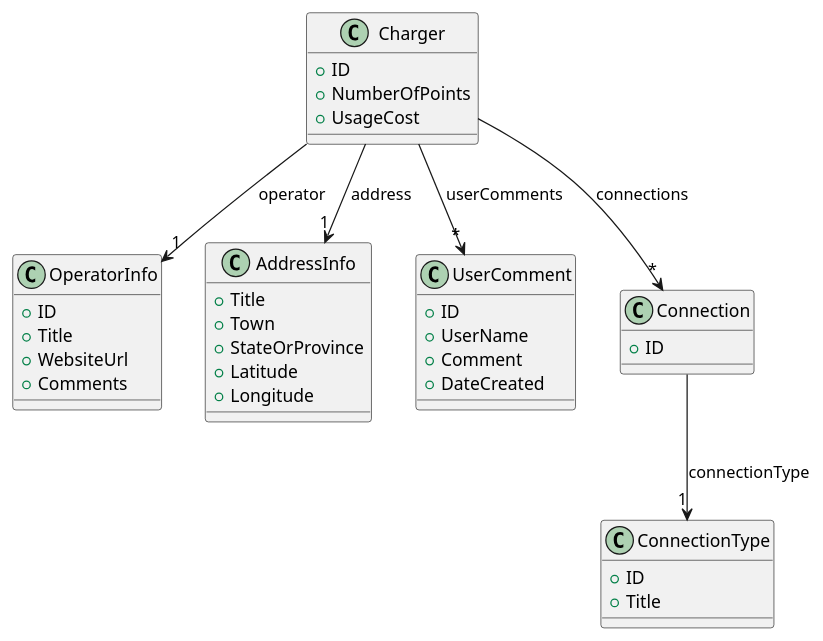
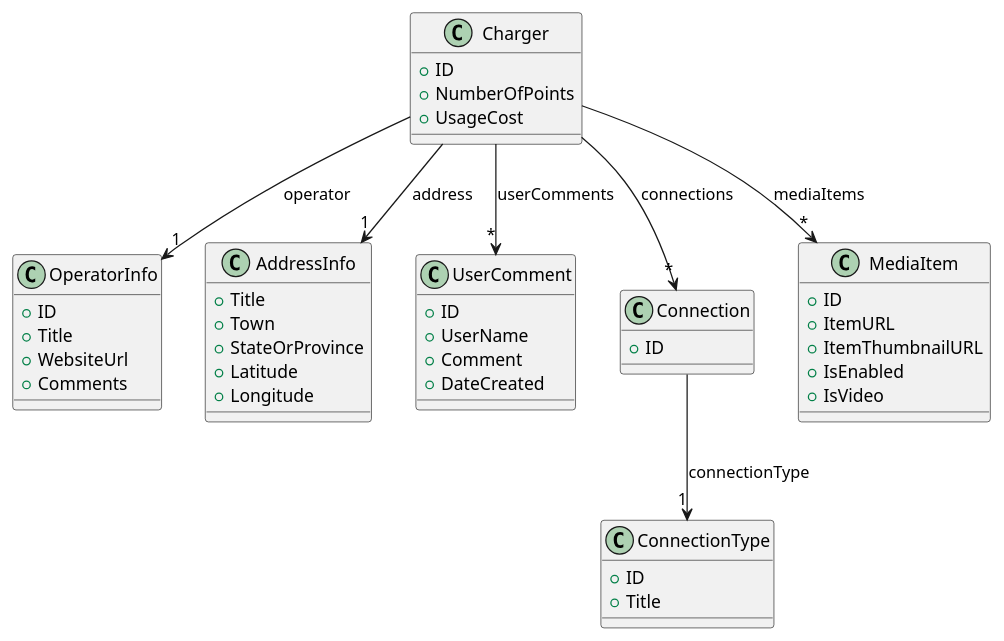
Before and after one commit to isunican/App-CarChargers-Grupo3: the diagram in Docs/Models/dominio.puml, drawn with PlantUML.

Commit message:
Actualización del modelo de dominio.

```diff
--- a/Docs/Models/dominio.puml
+++ b/Docs/Models/dominio.puml
@@ -1,46 +1,55 @@
 @startuml dominio
 
 class Charger {
     + ID
     + NumberOfPoints
     + UsageCost
 }
 
 class OperatorInfo {
     + ID
     + Title
     + WebsiteUrl
     + Comments
 }
 
 class AddressInfo {
     + Title
     + Town
     + StateOrProvince
     + Latitude
     + Longitude
 }
 
 class UserComment {
     + ID
     + UserName
     + Comment
     + DateCreated
 }
 class Connection {
     + ID
 }
 
 class ConnectionType {
     + ID
     + Title
 }
 
+class MediaItem {
+    + ID
+    + ItemURL
+    + ItemThumbnailURL
+    + IsEnabled
+    + IsVideo
+}
+
 Charger -down-> "1" AddressInfo : address
 Charger -down-> "1" OperatorInfo : operator
 Charger -down-> "*" UserComment : userComments
 Charger -down-> "*" Connection : connections
+Charger -down-> "*" MediaItem : mediaItems
 Connection -down-> "1" ConnectionType : connectionType
 
 
 @enduml
```
